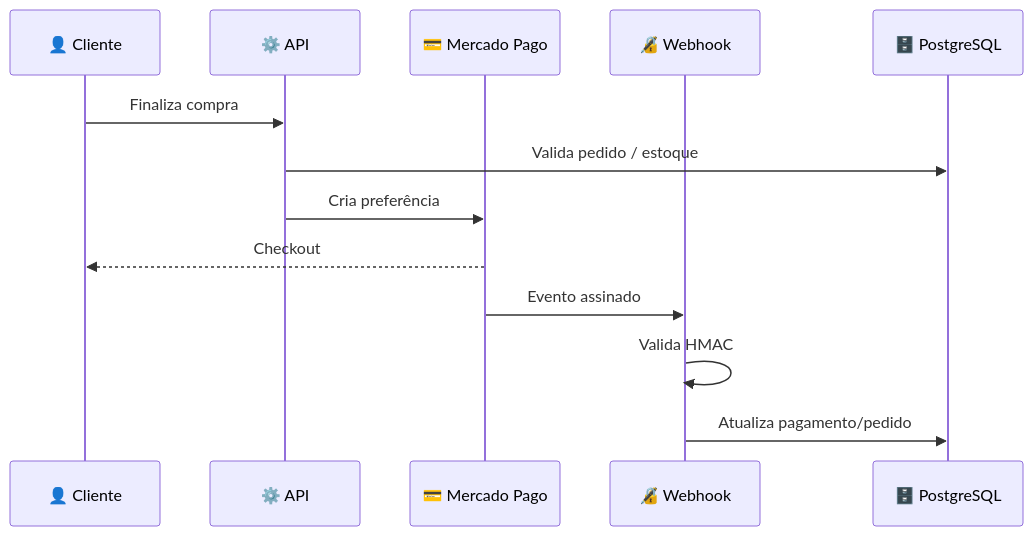
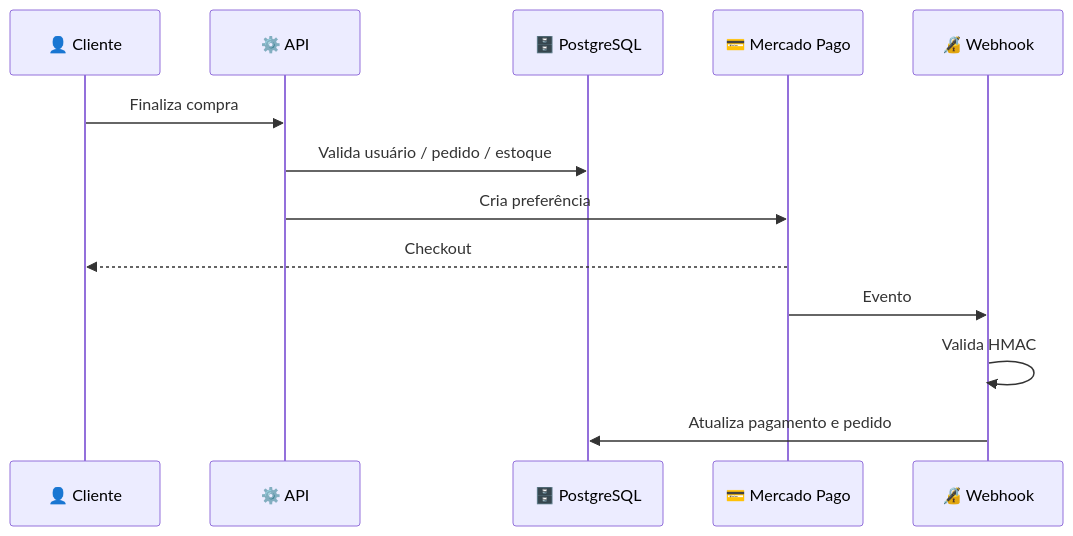
The second of 3 diagrams in README.md (XzGuuhXz/loja), drawn with Mermaid before and after one commit. The commit also changed other lines of this file, not shown here.

````diff
--- a/README.md
+++ b/README.md
@@ -172,16 +311,16 @@
 ```mermaid
 sequenceDiagram
     participant U as 👤 Cliente
     participant A as ⚙️ API
+    participant DB as 🗄️ PostgreSQL
     participant MP as 💳 Mercado Pago
     participant WH as 🔏 Webhook
-    participant DB as 🗄️ PostgreSQL
 
     U->>A: Finaliza compra
-    A->>DB: Valida pedido / estoque
+    A->>DB: Valida usuário / pedido / estoque
     A->>MP: Cria preferência
     MP-->>U: Checkout
-    MP->>WH: Evento assinado
+    MP->>WH: Evento
     WH->>WH: Valida HMAC
-    WH->>DB: Atualiza pagamento/pedido
+    WH->>DB: Atualiza pagamento e pedido
 ```
````
